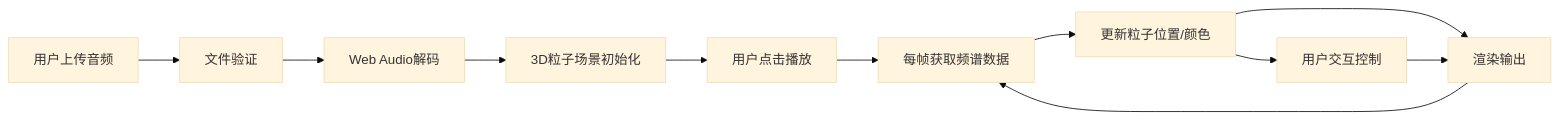
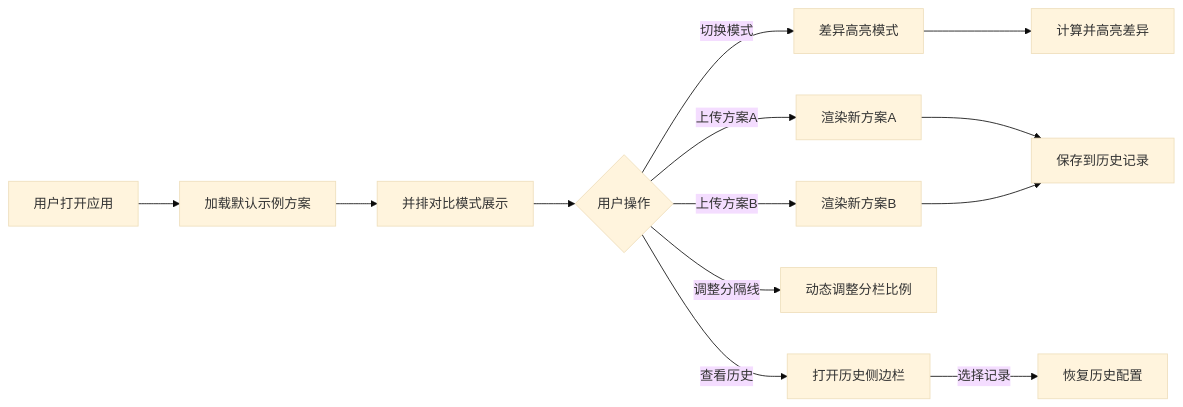
The diagram in cp2_6.11_auto14/.trae/documents/PRD.md (SChen0447/solo_new), drawn with Mermaid (base theme) before and after one commit. The commit also changed other lines of this file and 13 other files, not shown here.

````diff
--- a/cp2_6.11_auto14/.trae/documents/PRD.md
+++ b/cp2_6.11_auto14/.trae/documents/PRD.md
@@ -35,13 +37,15 @@
 ```mermaid
 flowchart LR
-    A["用户上传音频"] --> B["文件验证"]
-    B --> C["Web Audio解码"]
-    C --> D["3D粒子场景初始化"]
-    D --> E["用户点击播放"]
-    E --> F["每帧获取频谱数据"]
-    F --> G["更新粒子位置/颜色"]
-    G --> H["渲染输出"]
-    H --> F
-    G --> I["用户交互控制"]
-    I --> H
+    A["用户打开应用"] --> B["加载默认示例方案"]
+    B --> C["并排对比模式展示"]
+    C --> D{"用户操作"}
+    D -->|切换模式| E["差异高亮模式"]
+    D -->|上传方案A| F["渲染新方案A"]
+    D -->|上传方案B| G["渲染新方案B"]
+    D -->|调整分隔线| H["动态调整分栏比例"]
+    D -->|查看历史| I["打开历史侧边栏"]
+    I -->|选择记录| J["恢复历史配置"]
+    E --> K["计算并高亮差异"]
+    F --> L["保存到历史记录"]
+    G --> L
 ```
````
